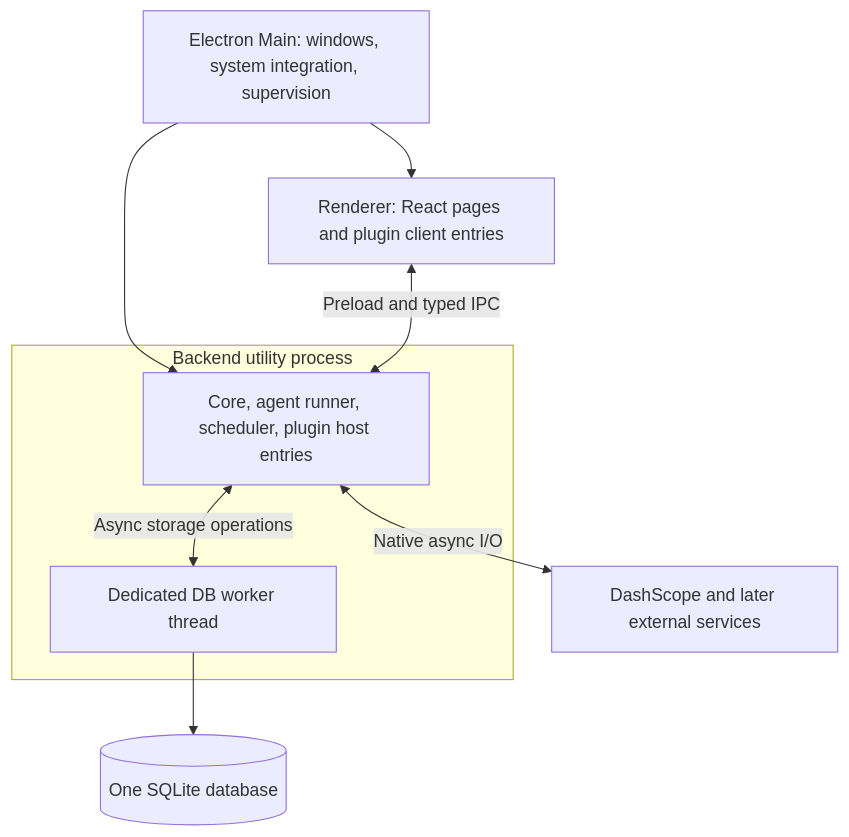
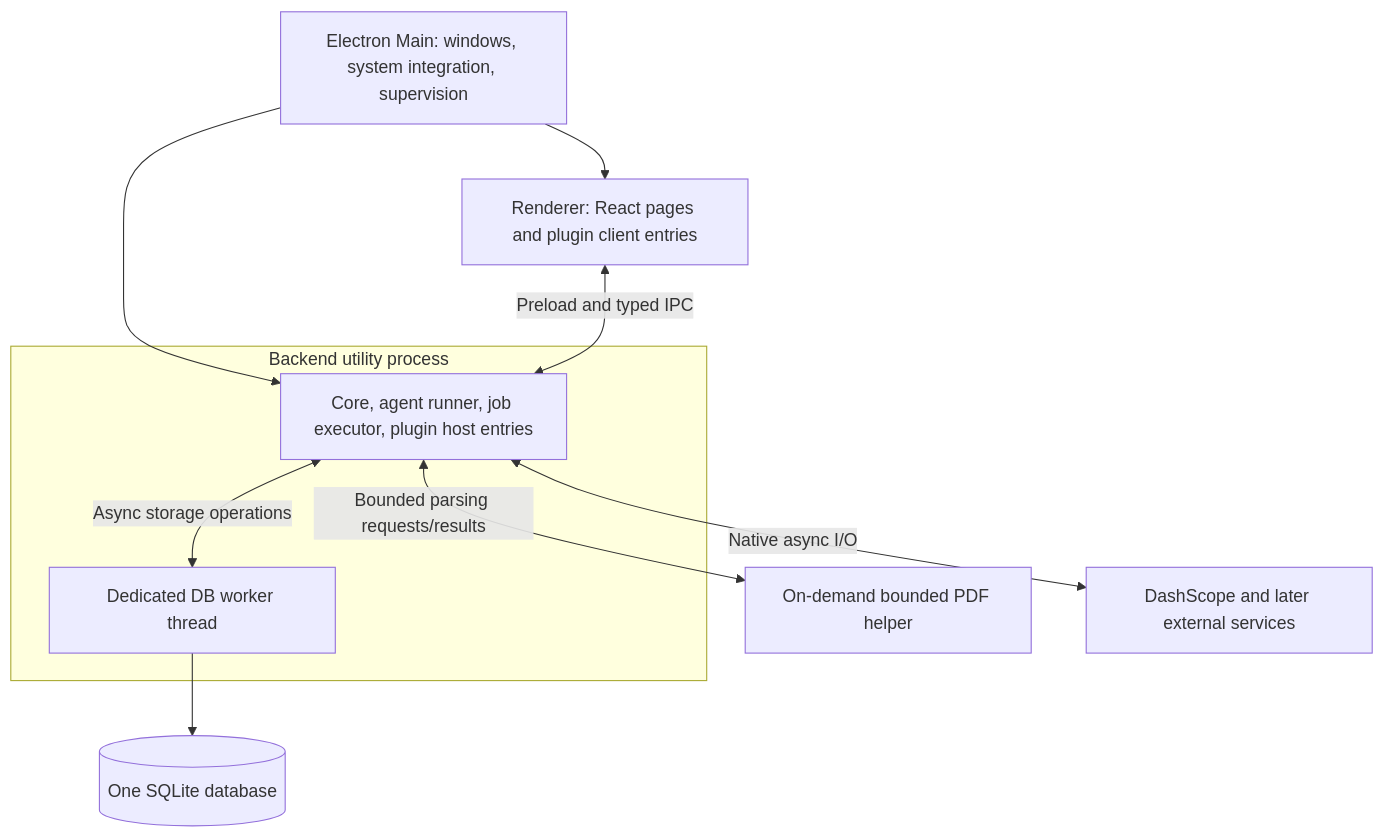
The diagram in docs/design.md (DavdGao/Whim), drawn with Mermaid before and after one commit. The commit also changed other lines of this file and 32 other files, not shown here.

Commit message:
feat(agent): implement durable headless conversation runtime

````diff
--- a/docs/design.md
+++ b/docs/design.md
@@ -82,17 +88,19 @@
 ```mermaid
 flowchart TB
     Main["Electron Main: windows, system integration, supervision"]
     UI["Renderer: React pages and plugin client entries"]
     subgraph Backend["Backend utility process"]
-        Runtime["Core, agent runner, scheduler, plugin host entries"]
+        Runtime["Core, agent runner, job executor, plugin host entries"]
         DBWorker["Dedicated DB worker thread"]
         Runtime <-->|Async storage operations| DBWorker
     end
     DB[("One SQLite database")]
+    PDF["On-demand bounded PDF helper"]
     Remote["DashScope and later external services"]
     Main --> UI
     Main --> Runtime
     UI <-->|Preload and typed IPC| Runtime
     DBWorker --> DB
+    Runtime <-->|Bounded parsing requests/results| PDF
     Runtime <-->|Native async I/O| Remote
 ```
````
